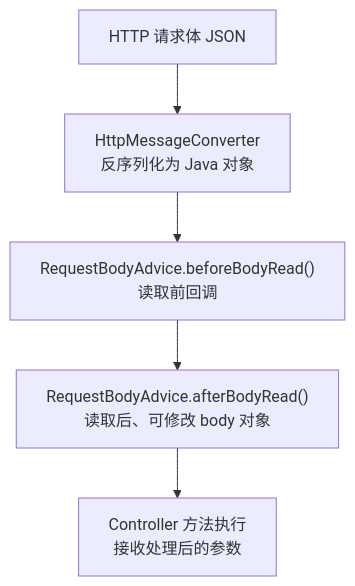
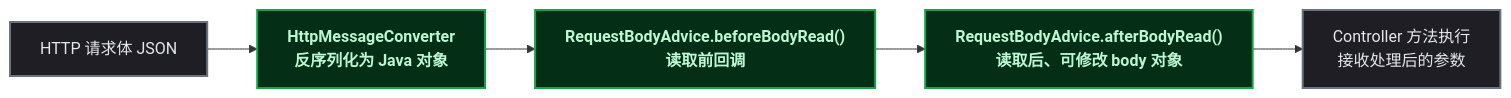
The fourth of 6 diagrams in content/posts/spring/FilterInterceptorAdvice.md (yaocat55/yaocat55.github.io), drawn with Mermaid before and after one commit. The commit also changed other lines of this file and 155 other files, not shown here.

````diff
--- a/content/posts/spring/FilterInterceptorAdvice.md
+++ b/content/posts/spring/FilterInterceptorAdvice.md
@@ -271,7 +291,15 @@
 ```mermaid
-flowchart TD
+flowchart LR
+%% 半暗底色 + 高亮描边：完美适配博客深色/浅色双主题 %%
+classDef process fill:#1e1e24,stroke:#6b7280,stroke-width:2px,color:#e5e7eb;
+classDef data fill:#052e16,stroke:#16a34a,stroke-width:2px,color:#bbf7d0,font-weight:bold;
+classDef startEnd fill:#701a4c,stroke:#e11d48,stroke-width:2.5px,color:#fce7f3,font-weight:bold;
     A[HTTP 请求体 JSON] --> B[HttpMessageConverter\n反序列化为 Java 对象]
     B --> C["RequestBodyAdvice.beforeBodyRead()\n读取前回调"]
     C --> D["RequestBodyAdvice.afterBodyRead()\n读取后、可修改 body 对象"]
     D --> E[Controller 方法执行\n接收处理后的参数]
+
+class B,C,D data;
+class A,E process;
+class afterBodyRead,beforeBodyRead startEnd;
 ```
````
